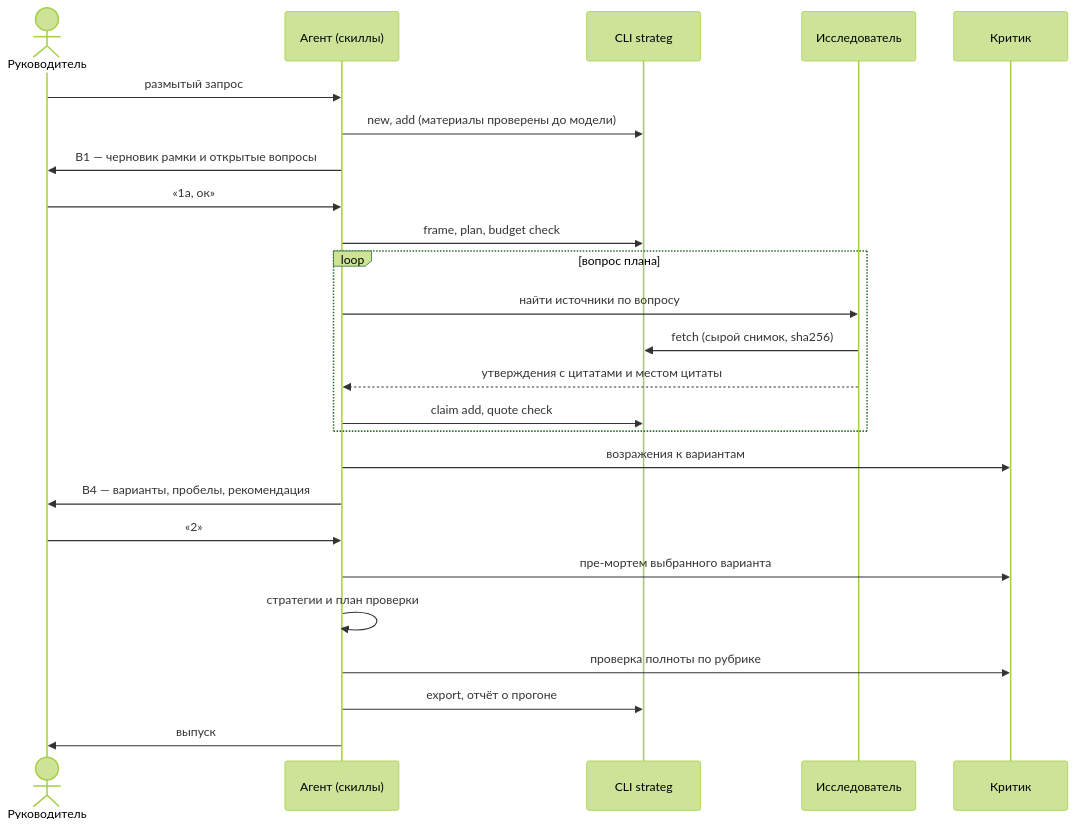
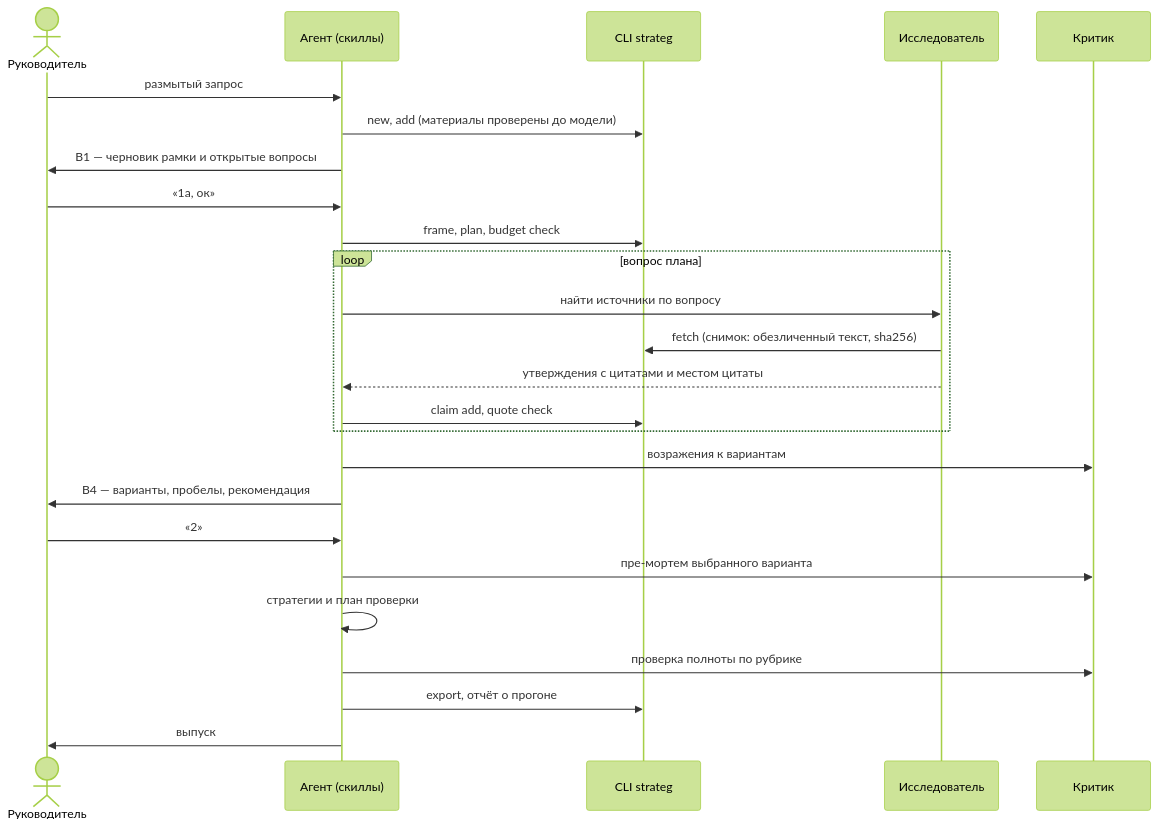
The third of 3 diagrams in docs/architecture.md (FlosVacui/strateg-agent), drawn with Mermaid (forest theme) before and after one commit. The commit also changed other lines of this file and 6 other files, not shown here.

````diff
--- a/docs/architecture.md
+++ b/docs/architecture.md
@@ -125,27 +125,27 @@
 ```mermaid
 sequenceDiagram
   actor PM as Руководитель
   participant AG as Агент (скиллы)
   participant CLI as CLI strateg
   participant R as Исследователь
   participant CR as Критик
   PM->>AG: размытый запрос
   AG->>CLI: new, add (материалы проверены до модели)
   AG->>PM: В1 — черновик рамки и открытые вопросы
   PM->>AG: «1а, ок»
   AG->>CLI: frame, plan, budget check
   loop вопрос плана
     AG->>R: найти источники по вопросу
-    R->>CLI: fetch (сырой снимок, sha256)
+    R->>CLI: fetch (снимок: обезличенный текст, sha256)
     R-->>AG: утверждения с цитатами и местом цитаты
     AG->>CLI: claim add, quote check
   end
   AG->>CR: возражения к вариантам
   AG->>PM: В4 — варианты, пробелы, рекомендация
   PM->>AG: «2»
   AG->>CR: пре-мортем выбранного варианта
   AG->>AG: стратегии и план проверки
   AG->>CR: проверка полноты по рубрике
   AG->>CLI: export, отчёт о прогоне
   AG->>PM: выпуск
 ```
````
